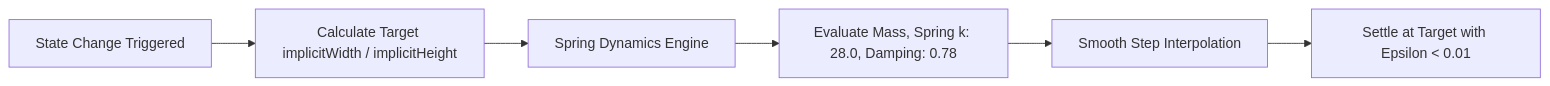
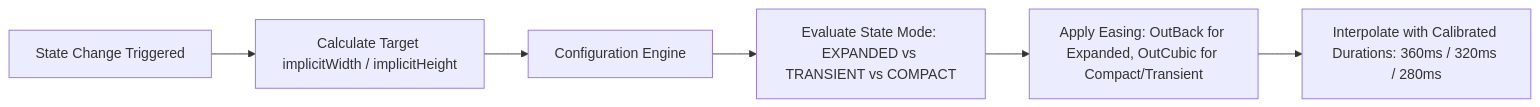
Before and after one commit to ogsammaenr/OgsShell-qs: the second of 2 diagrams in ogsShell-qs_brain/01-Architecture/Dynamic-Island-Physics-State-Machine.md, drawn with Mermaid. The commit also changed other lines of this file and 15 other files, not shown here.

````diff
--- a/ogsShell-qs_brain/01-Architecture/Dynamic-Island-Physics-State-Machine.md
+++ b/ogsShell-qs_brain/01-Architecture/Dynamic-Island-Physics-State-Machine.md
@@ -90,8 +90,8 @@
 ```mermaid
 graph LR
     A[State Change Triggered] --> B[Calculate Target implicitWidth / implicitHeight]
-    B --> C[Spring Dynamics Engine]
-    C --> D[Evaluate Mass, Spring k: 28.0, Damping: 0.78]
-    D --> E[Smooth Step Interpolation]
-    E --> F[Settle at Target with Epsilon < 0.01]
+    B --> C[Configuration Engine]
+    C --> D[Evaluate State Mode: EXPANDED vs TRANSIENT vs COMPACT]
+    D --> E[Apply Easing: OutBack for Expanded, OutCubic for Compact/Transient]
+    E --> F[Interpolate with Calibrated Durations: 360ms / 320ms / 280ms]
 ```
````
